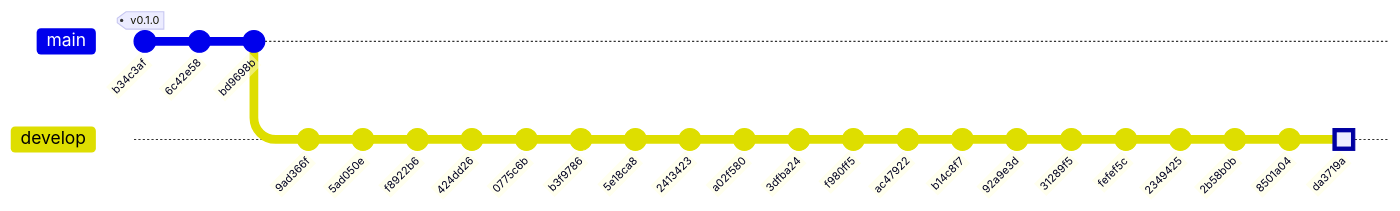
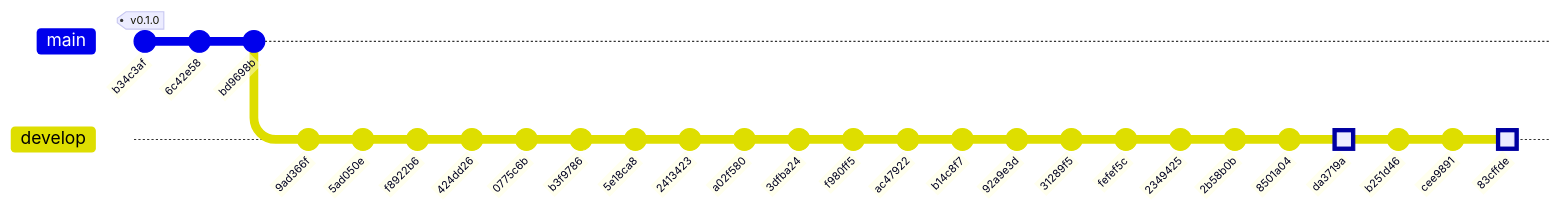
Before and after one commit to jeremialcala/ves-market-watch: the diagram in docs/03-implementation/repo-history.md, drawn with Mermaid. The commit also changed other lines of this file, not shown here.

````diff
--- a/docs/03-implementation/repo-history.md
+++ b/docs/03-implementation/repo-history.md
@@ -11,28 +11,31 @@
 ```mermaid
 gitGraph
     commit id: "b34c3af" tag: "v0.1.0"
     commit id: "6c42e58"
     commit id: "bd9698b"
     branch develop
     commit id: "9ad366f"
     commit id: "5ad050e"
     commit id: "f8922b6"
     commit id: "424dd26"
     commit id: "0775c6b"
     commit id: "b3f9786"
     commit id: "5e18ca8"
     commit id: "2413423"
     commit id: "a02f580"
     commit id: "3dfba24"
     commit id: "f980ff5"
     commit id: "ac47922"
     commit id: "b14c8f7"
     commit id: "92a9e3d"
     commit id: "31289f5"
     commit id: "fefef5c"
     commit id: "2349425"
     commit id: "2b58b0b"
     commit id: "8501a04"
     commit id: "da3719a" type: HIGHLIGHT
+    commit id: "b251d46"
+    commit id: "cee9891"
+    commit id: "83cffde" type: HIGHLIGHT
     %% rama feat-ai-dlc: sin commits propios o fork fuera del mapa
 ```
````
